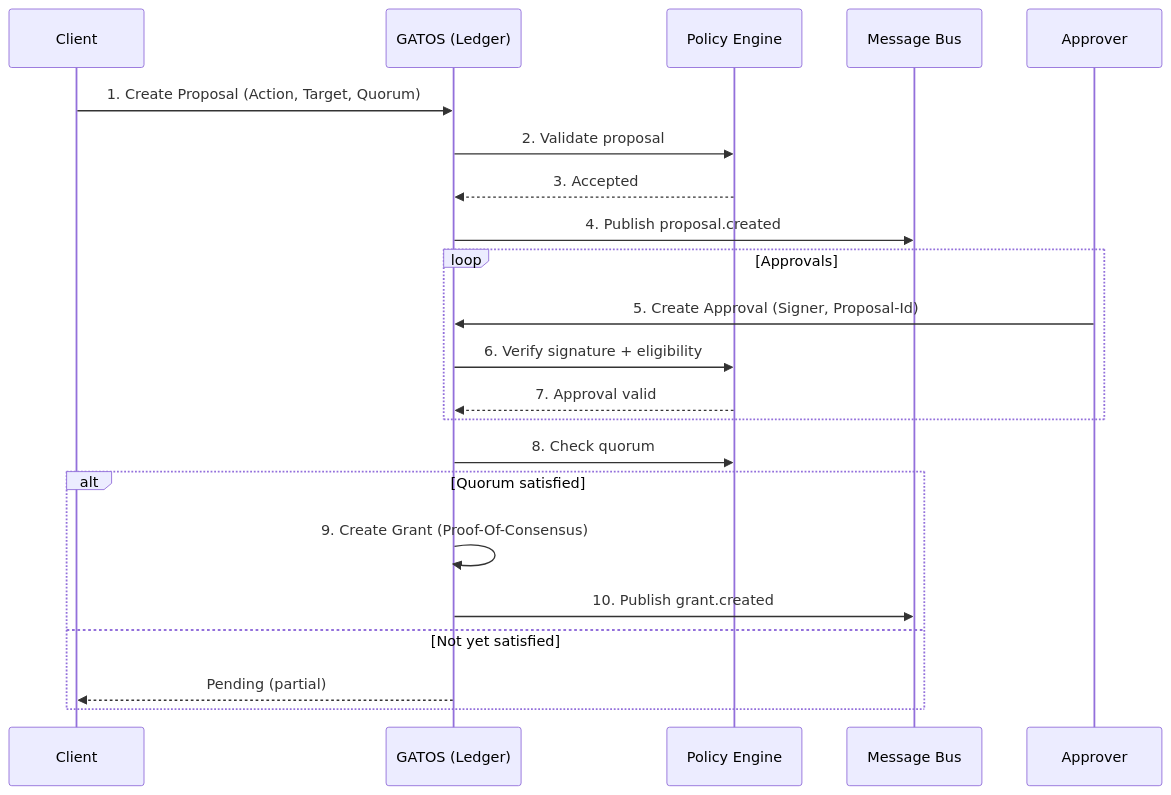
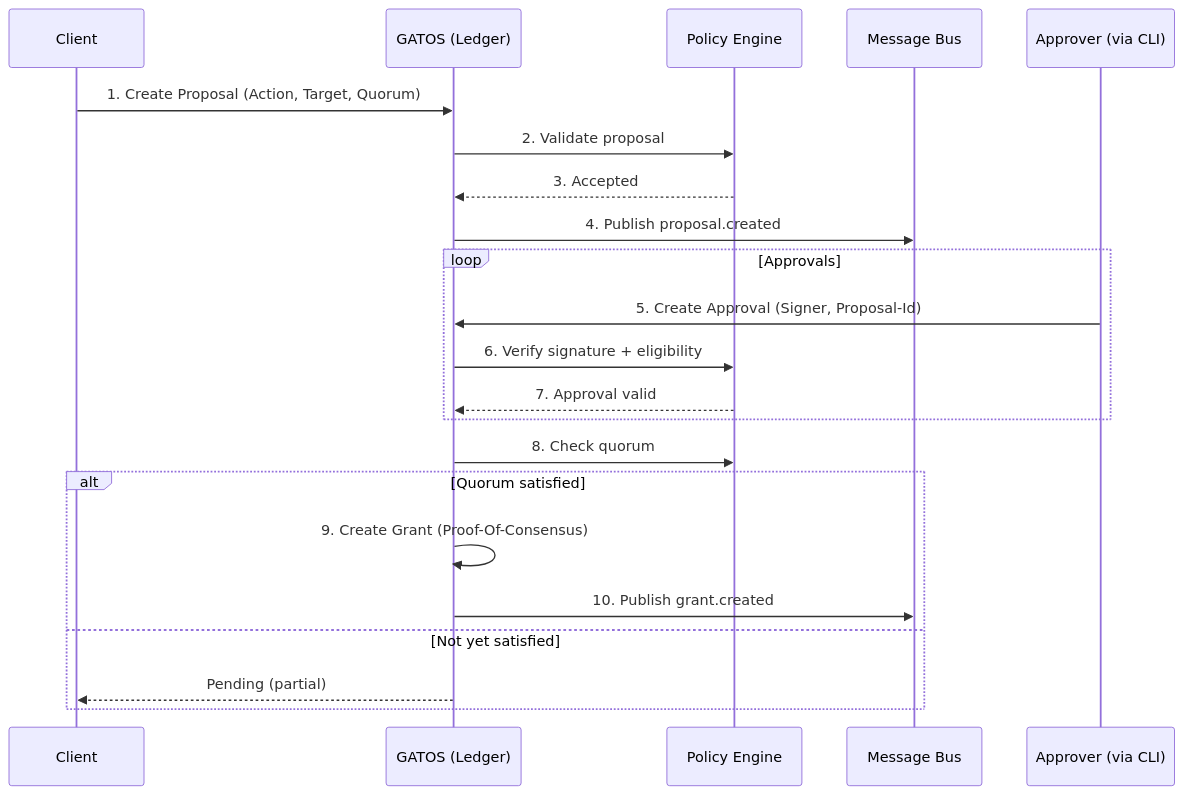
Diagram 16 of 16 in docs/TECH-SPEC.md (flyingrobots/gatos), drawn with Mermaid before and after one commit. The commit also changed other lines of this file and 2 other files, not shown here.

````diff
--- a/docs/TECH-SPEC.md
+++ b/docs/TECH-SPEC.md
@@ -401,26 +401,27 @@
 ```mermaid
 sequenceDiagram
     participant Client
     participant Ledger as GATOS (Ledger)
     participant Policy as Policy Engine
     participant Bus as Message Bus
+    participant Approver as Approver (via CLI)
 
     Client->>Ledger: 1. Create Proposal (Action, Target, Quorum)
     Ledger->>Policy: 2. Validate proposal
     Policy-->>Ledger: 3. Accepted
     Ledger->>Bus: 4. Publish proposal.created
 
     loop Approvals
         Approver->>Ledger: 5. Create Approval (Signer, Proposal-Id)
         Ledger->>Policy: 6. Verify signature + eligibility
         Policy-->>Ledger: 7. Approval valid
     end
 
     Ledger->>Policy: 8. Check quorum
     alt Quorum satisfied
         Ledger->>Ledger: 9. Create Grant (Proof-Of-Consensus)
         Ledger->>Bus: 10. Publish grant.created
     else Not yet satisfied
         Ledger-->>Client: Pending (partial)
     end
 ```
````
